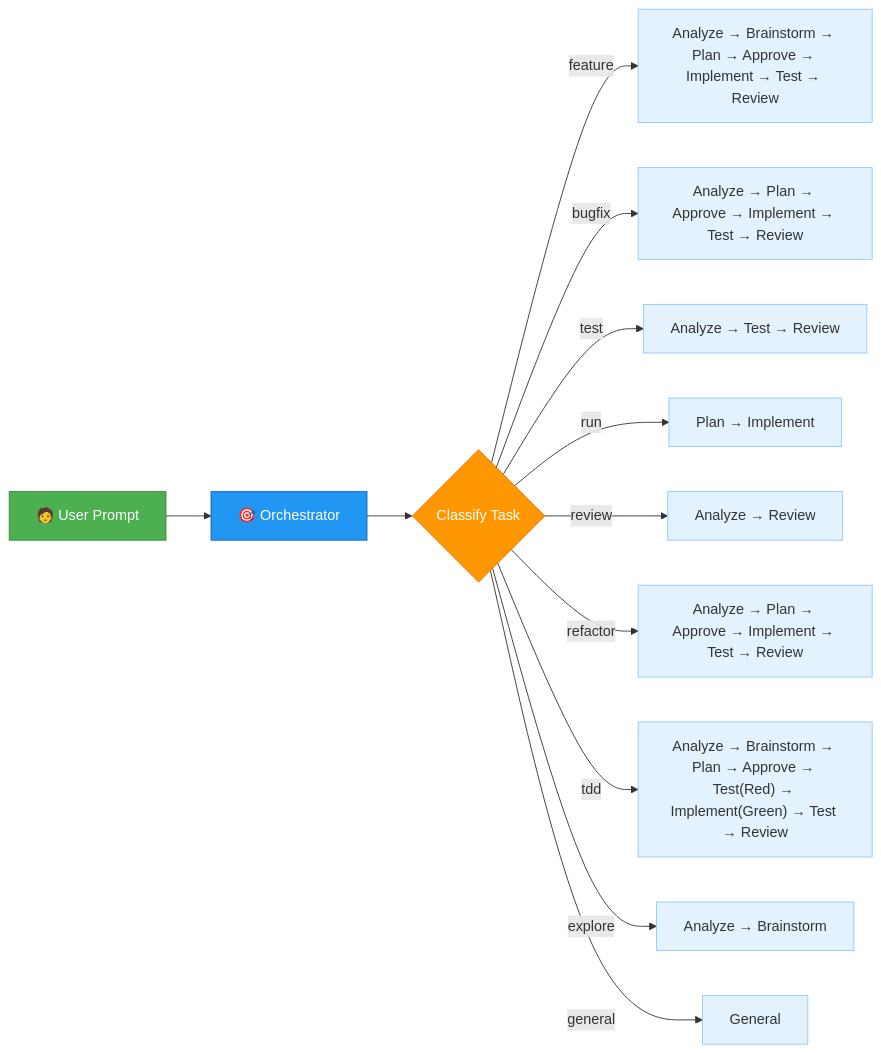
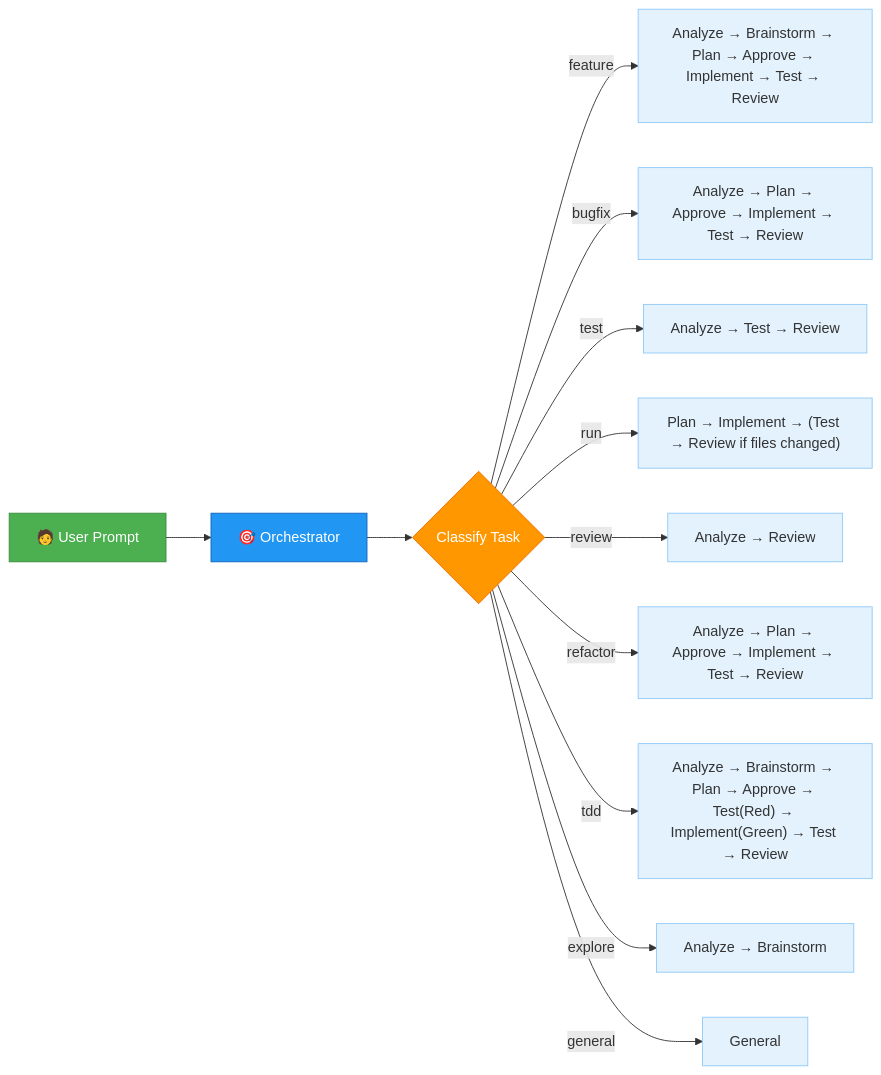
Before and after one commit to pft-IvanLim/copilot-agent: the first of 2 diagrams in README.md, drawn with Mermaid. The commit also changed other lines of this file and 1 other file, not shown here.

Commit message:
[what] Add mandatory verification after Implementer modifies files [why] Prevent unverified code changes from being presented without Test and Review [how] Add hard rule 3c requiring Test → Review when Implementation Report shows file changes, update run workflow and Implement phase description

````diff
--- a/README.md
+++ b/README.md
@@ -49,28 +49,28 @@
 ```mermaid
 flowchart LR
     A["🧑 User Prompt"] --> B["🎯 Orchestrator"]
     B --> C{"Classify Task"}
 
     C -- "feature" --> F1["Analyze → Brainstorm → Plan → Approve → Implement → Test → Review"]
     C -- "bugfix" --> F2["Analyze → Plan → Approve → Implement → Test → Review"]
     C -- "test" --> F3["Analyze → Test → Review"]
-    C -- "run" --> F4["Plan → Implement"]
+    C -- "run" --> F4["Plan → Implement → (Test → Review if files changed)"]
     C -- "review" --> F5["Analyze → Review"]
     C -- "refactor" --> F6["Analyze → Plan → Approve → Implement → Test → Review"]
     C -- "tdd" --> F7["Analyze → Brainstorm → Plan → Approve → Test(Red) → Implement(Green) → Test → Review"]
     C -- "explore" --> F8["Analyze → Brainstorm"]
     C -- "general" --> F9["General"]
 
     style A fill:#4CAF50,stroke:#388E3C,color:#fff
     style B fill:#2196F3,stroke:#1565C0,color:#fff
     style C fill:#FF9800,stroke:#EF6C00,color:#fff
     style F1 fill:#E3F2FD,stroke:#90CAF9
     style F2 fill:#E3F2FD,stroke:#90CAF9
     style F3 fill:#E3F2FD,stroke:#90CAF9
     style F4 fill:#E3F2FD,stroke:#90CAF9
     style F5 fill:#E3F2FD,stroke:#90CAF9
     style F6 fill:#E3F2FD,stroke:#90CAF9
     style F7 fill:#E3F2FD,stroke:#90CAF9
     style F8 fill:#E3F2FD,stroke:#90CAF9
     style F9 fill:#E3F2FD,stroke:#90CAF9
 ```
````
